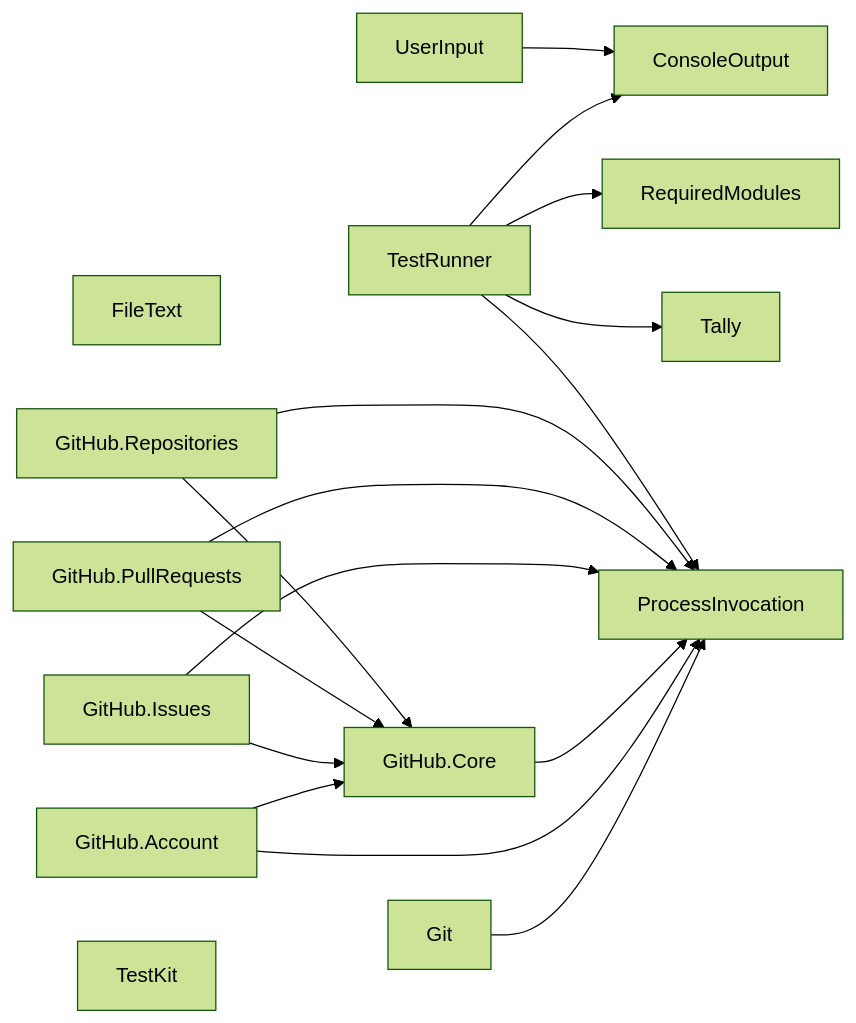
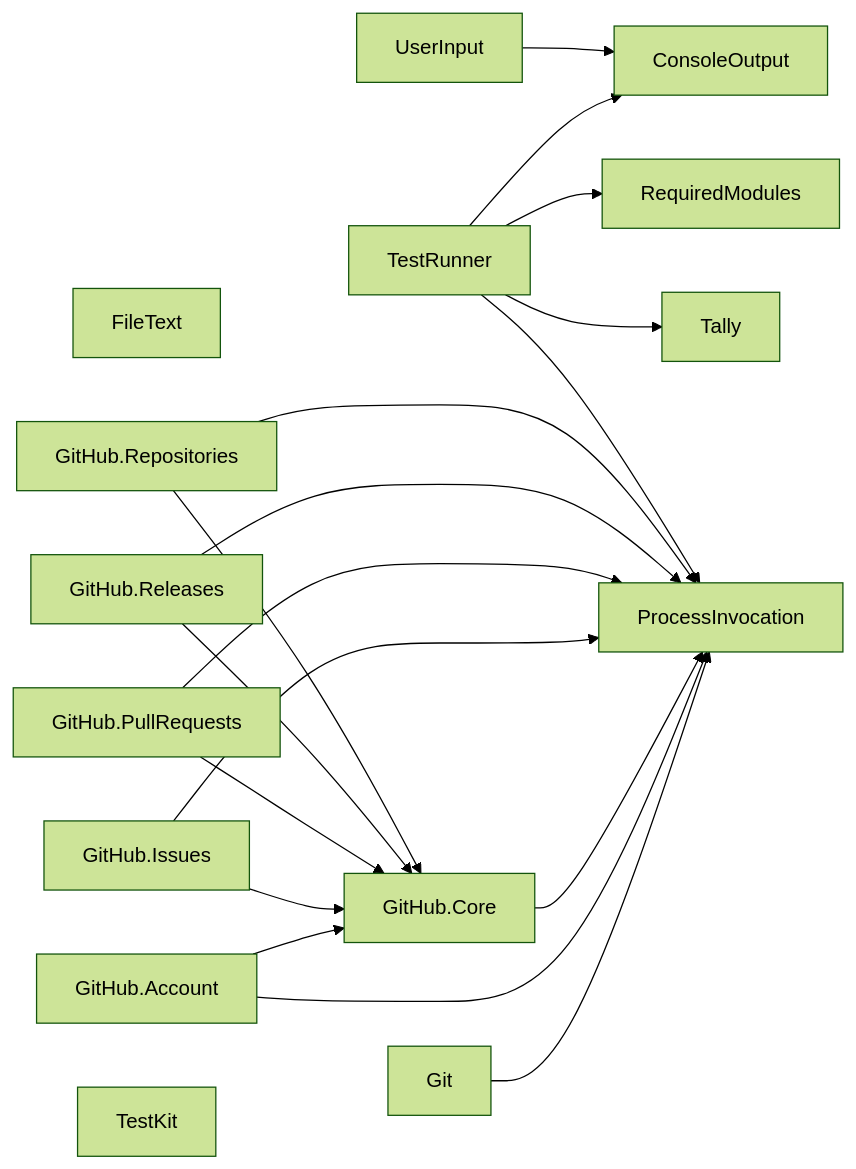
One commit to TaffarelJr/powershell-modules changed the diagram in README.md. Above: the diagram before and after it, drawn with Mermaid (forest theme). The commit also changed other lines of this file and 15 other files, not shown here.

First line of the commit message:
feat: add the TaffarelJr.GitHub.Releases module

````diff
--- a/README.md
+++ b/README.md
@@ -37,33 +38,36 @@
 ```mermaid
 graph LR
     ConsoleOutput["ConsoleOutput"]
     FileText["FileText"]
     Git["Git"]
     GitHubAccount["GitHub.Account"]
     GitHubCore["GitHub.Core"]
     GitHubIssues["GitHub.Issues"]
     GitHubPullRequests["GitHub.PullRequests"]
+    GitHubReleases["GitHub.Releases"]
     GitHubRepositories["GitHub.Repositories"]
     ProcessInvocation["ProcessInvocation"]
     RequiredModules["RequiredModules"]
     Tally["Tally"]
     TestKit["TestKit"]
     TestRunner["TestRunner"]
     UserInput["UserInput"]
 
     Git --> ProcessInvocation
     GitHubAccount --> GitHubCore
     GitHubAccount --> ProcessInvocation
     GitHubCore --> ProcessInvocation
     GitHubIssues --> GitHubCore
     GitHubIssues --> ProcessInvocation
     GitHubPullRequests --> GitHubCore
     GitHubPullRequests --> ProcessInvocation
+    GitHubReleases --> GitHubCore
+    GitHubReleases --> ProcessInvocation
     GitHubRepositories --> GitHubCore
     GitHubRepositories --> ProcessInvocation
     TestRunner --> ConsoleOutput
     TestRunner --> ProcessInvocation
     TestRunner --> RequiredModules
     TestRunner --> Tally
     UserInput --> ConsoleOutput
 ```
````
